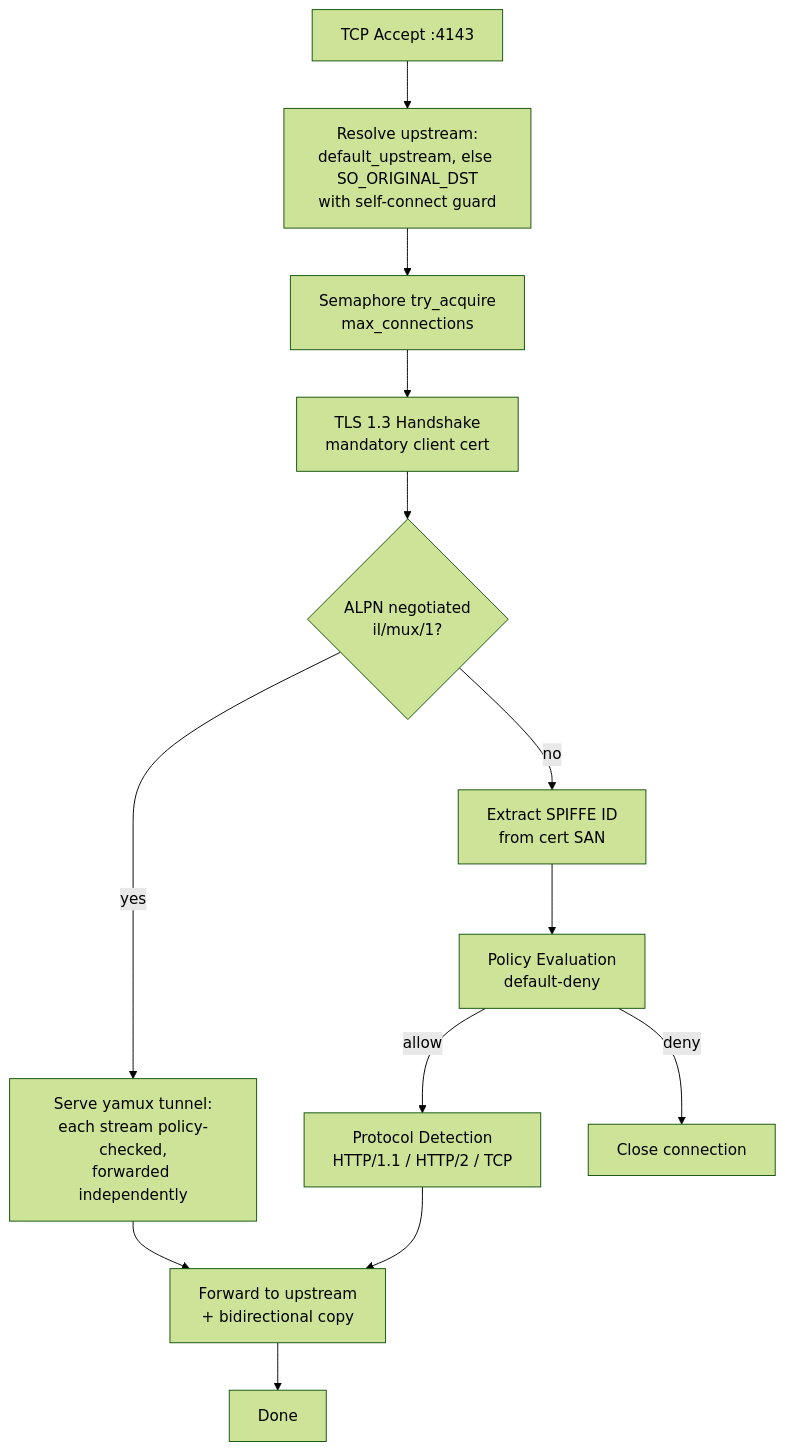
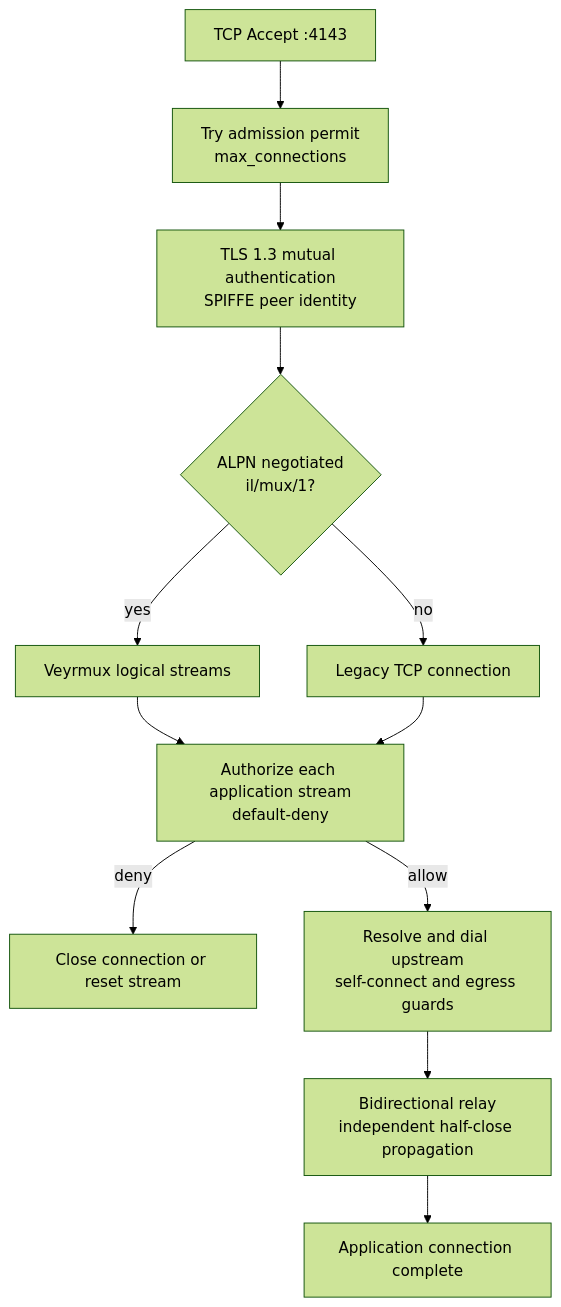
One commit to alexandernicholson/interlink changed the second of 3 diagrams in docs/architecture/overview.md. Above: the diagram before and after it, drawn with Mermaid (forest theme). The commit also changed other lines of this file and 12 other files, not shown here.

````diff
--- a/docs/architecture/overview.md
+++ b/docs/architecture/overview.md
@@ -30,15 +34,14 @@
 ```mermaid
 flowchart TD
-    ACC[TCP Accept :4143] --> UP[Resolve upstream:<br/>default_upstream, else SO_ORIGINAL_DST<br/>with self-connect guard]
-    UP --> SEM[Semaphore try_acquire<br/>max_connections]
-    SEM --> TLS[TLS 1.3 Handshake<br/>mandatory client cert]
+    ACC[TCP Accept :4143] --> SEM[Try admission permit<br/>max_connections]
+    SEM --> TLS[TLS 1.3 mutual authentication<br/>SPIFFE peer identity]
     TLS --> ALPN{ALPN negotiated<br/>il/mux/1?}
-    ALPN -->|yes| MUXS[Serve yamux tunnel:<br/>each stream policy-checked,<br/>forwarded independently]
-    ALPN -->|no| ID[Extract SPIFFE ID<br/>from cert SAN]
-    ID --> POL[Policy Evaluation<br/>default-deny]
-    POL -->|allow| PROTO[Protocol Detection<br/>HTTP/1.1 / HTTP/2 / TCP]
-    POL -->|deny| CLOSE[Close connection]
-    PROTO --> FWD[Forward to upstream<br/>+ bidirectional copy]
-    MUXS --> FWD
-    FWD --> DONE[Done]
+    ALPN -->|yes| MUXS[Veyrmux logical streams]
+    ALPN -->|no| LEGACY[Legacy TCP connection]
+    MUXS --> POL[Authorize each application stream<br/>default-deny]
+    LEGACY --> POL
+    POL -->|deny| CLOSE[Close connection or reset stream]
+    POL -->|allow| UP[Resolve and dial upstream<br/>self-connect and egress guards]
+    UP --> FWD[Bidirectional relay<br/>independent half-close propagation]
+    FWD --> DONE[Application connection complete]
 ```
````
